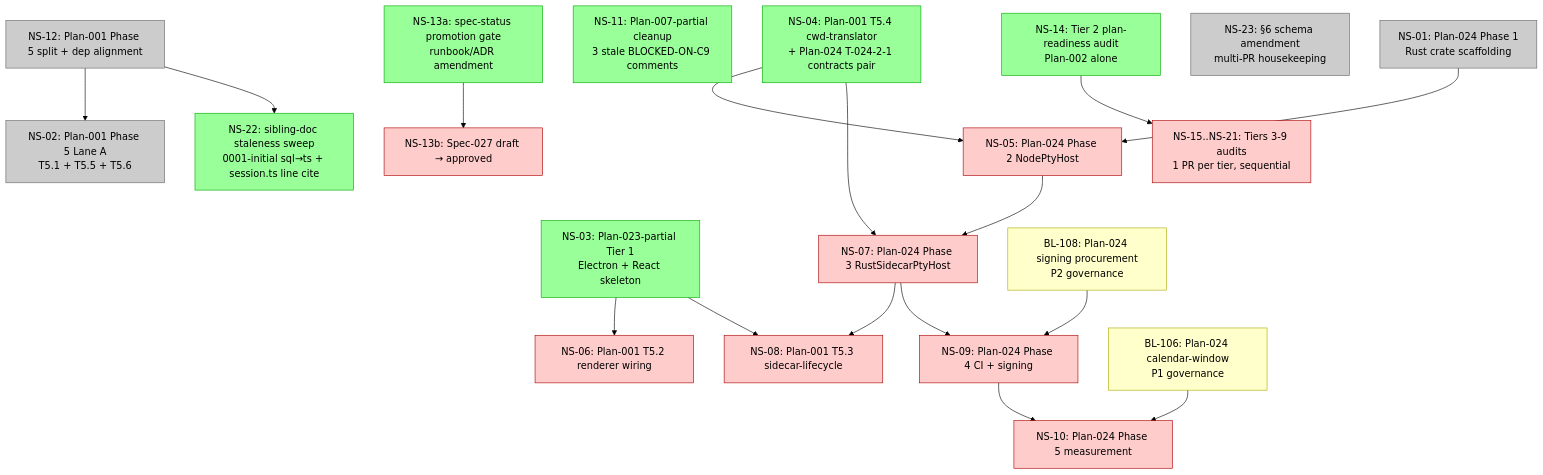
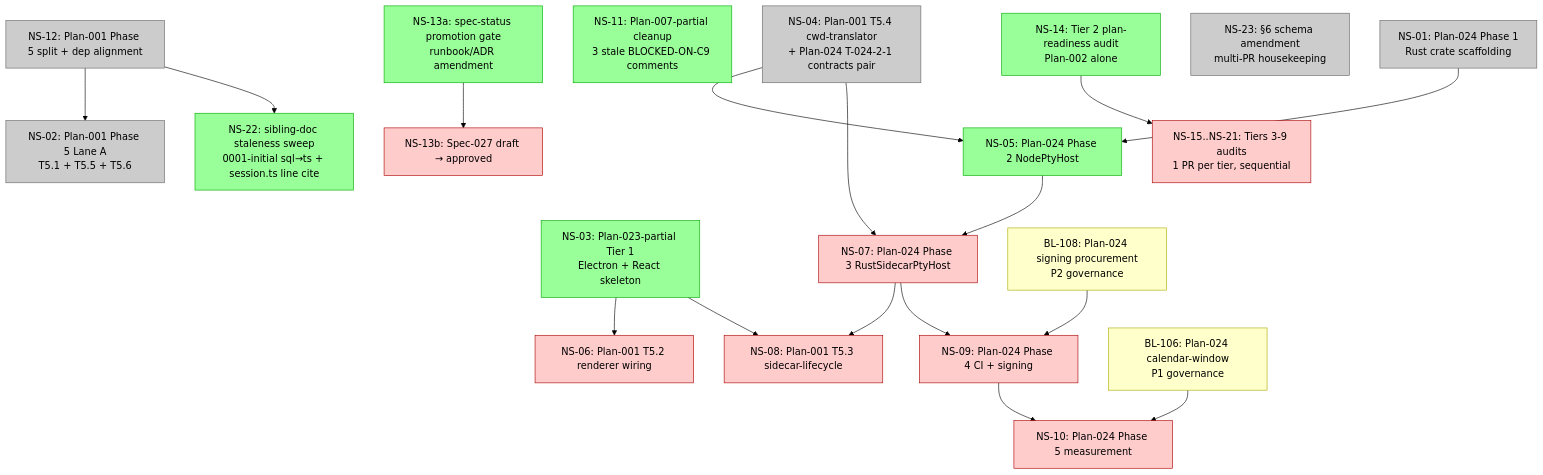
The diagram in docs/architecture/cross-plan-dependencies.md (Sawmonabo/ai-sidekicks), drawn with Mermaid (forest theme) before and after one commit. The commit also changed other lines of this file and 1 other file, not shown here.

First line of the commit message:
chore(repo): housekeeping for PR #48 — NS-04 PR-B (T5.4 cwd-translator)

````diff
--- a/docs/architecture/cross-plan-dependencies.md
+++ b/docs/architecture/cross-plan-dependencies.md
@@ -282,56 +282,56 @@
 ```mermaid
 graph TB
   %% READY (no upstream NS-XX blockers, or all upstream satisfied)
   NS01[NS-01: Plan-024 Phase 1<br/>Rust crate scaffolding]:::completed
   NS02[NS-02: Plan-001 Phase 5 Lane A<br/>T5.1 + T5.5 + T5.6]:::completed
   NS03[NS-03: Plan-023-partial Tier 1<br/>Electron + React skeleton]:::ready
-  NS04[NS-04: Plan-001 T5.4 cwd-translator<br/>+ Plan-024 T-024-2-1 contracts pair]:::ready
+  NS04[NS-04: Plan-001 T5.4 cwd-translator<br/>+ Plan-024 T-024-2-1 contracts pair]:::completed
   NS11[NS-11: Plan-007-partial cleanup<br/>3 stale BLOCKED-ON-C9 comments]:::ready
   NS13a[NS-13a: spec-status promotion gate<br/>runbook/ADR amendment]:::ready
   NS14[NS-14: Tier 2 plan-readiness audit<br/>Plan-002 alone]:::ready
   NS22[NS-22: sibling-doc staleness sweep<br/>0001-initial sql→ts + session.ts line cite]:::ready
   NS23[NS-23: §6 schema amendment<br/>multi-PR housekeeping]:::completed
+  NS05[NS-05: Plan-024 Phase 2 NodePtyHost]:::ready
 
   %% BLOCKED
-  NS05[NS-05: Plan-024 Phase 2 NodePtyHost]:::blocked
   NS06[NS-06: Plan-001 T5.2 renderer wiring]:::blocked
   NS07[NS-07: Plan-024 Phase 3 RustSidecarPtyHost]:::blocked
   NS08[NS-08: Plan-001 T5.3 sidecar-lifecycle]:::blocked
   NS09[NS-09: Plan-024 Phase 4 CI + signing]:::blocked
   NS10[NS-10: Plan-024 Phase 5 measurement]:::blocked
   NS13b[NS-13b: Spec-027 draft → approved]:::blocked
   NS15[NS-15..NS-21: Tiers 3-9 audits<br/>1 PR per tier, sequential]:::blocked
 
   %% COMPLETED
   NS12[NS-12: Plan-001 Phase 5 split + dep alignment]:::completed
 
   %% EXISTING BACKLOG (governance)
   BL106[BL-106: Plan-024 calendar-window<br/>P1 governance]:::governance
   BL108[BL-108: Plan-024 signing procurement<br/>P2 governance]:::governance
 
   %% Code track edges
   NS12 --> NS02
   NS12 --> NS22
   NS01 --> NS05
   NS04 --> NS05
   NS04 --> NS07
   NS05 --> NS07
   NS03 --> NS06
   NS03 --> NS08
   NS07 --> NS08
   NS07 --> NS09
   BL108 --> NS09
   NS09 --> NS10
   BL106 --> NS10
 
   %% Governance chain
   NS13a --> NS13b
 
   %% Audit chain
   NS14 --> NS15
 
   classDef ready fill:#9f9,stroke:#0a0,color:#000
   classDef blocked fill:#fcc,stroke:#a00,color:#000
   classDef completed fill:#ccc,stroke:#666,color:#000
   classDef governance fill:#ffc,stroke:#aa0,color:#000
 ```
````
